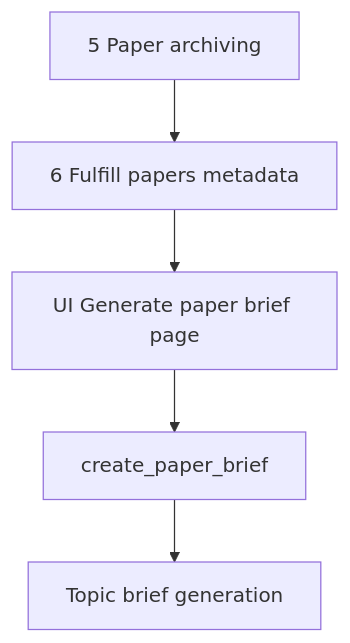
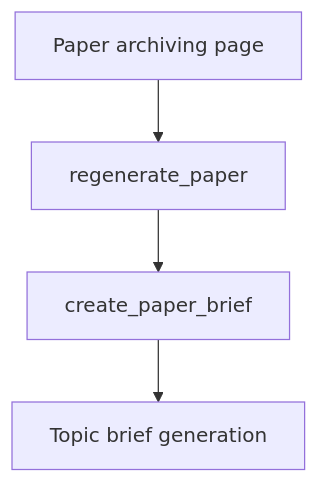
One commit to GustavoRusso/paper-reviewer changed the diagram in docs/specs/2.2.3-generate-paper-brief.md. Above: the diagram before and after it, drawn with Mermaid. The commit also changed other lines of this file and 37 other files, not shown here.

Commit message:
Unify Paper Ingestion UI to be the unify point that run inform_source_record → inform_full_text → create_paper_brief

````diff
--- a/docs/specs/2.2.3-generate-paper-brief.md
+++ b/docs/specs/2.2.3-generate-paper-brief.md
@@ -60,12 +57,10 @@
 ```mermaid
 flowchart TB
-  archive[5 Paper archiving]
-  fulfill[6 Fulfill papers metadata]
-  ui[UI Generate paper brief page]
+  archive[Paper archiving page]
+  regen[regenerate_paper]
   briefJob[create_paper_brief]
   topic[Topic brief generation]
-  archive --> fulfill
-  fulfill --> ui
-  ui --> briefJob
+  archive --> regen
+  regen --> briefJob
   briefJob --> topic
 ```
````
